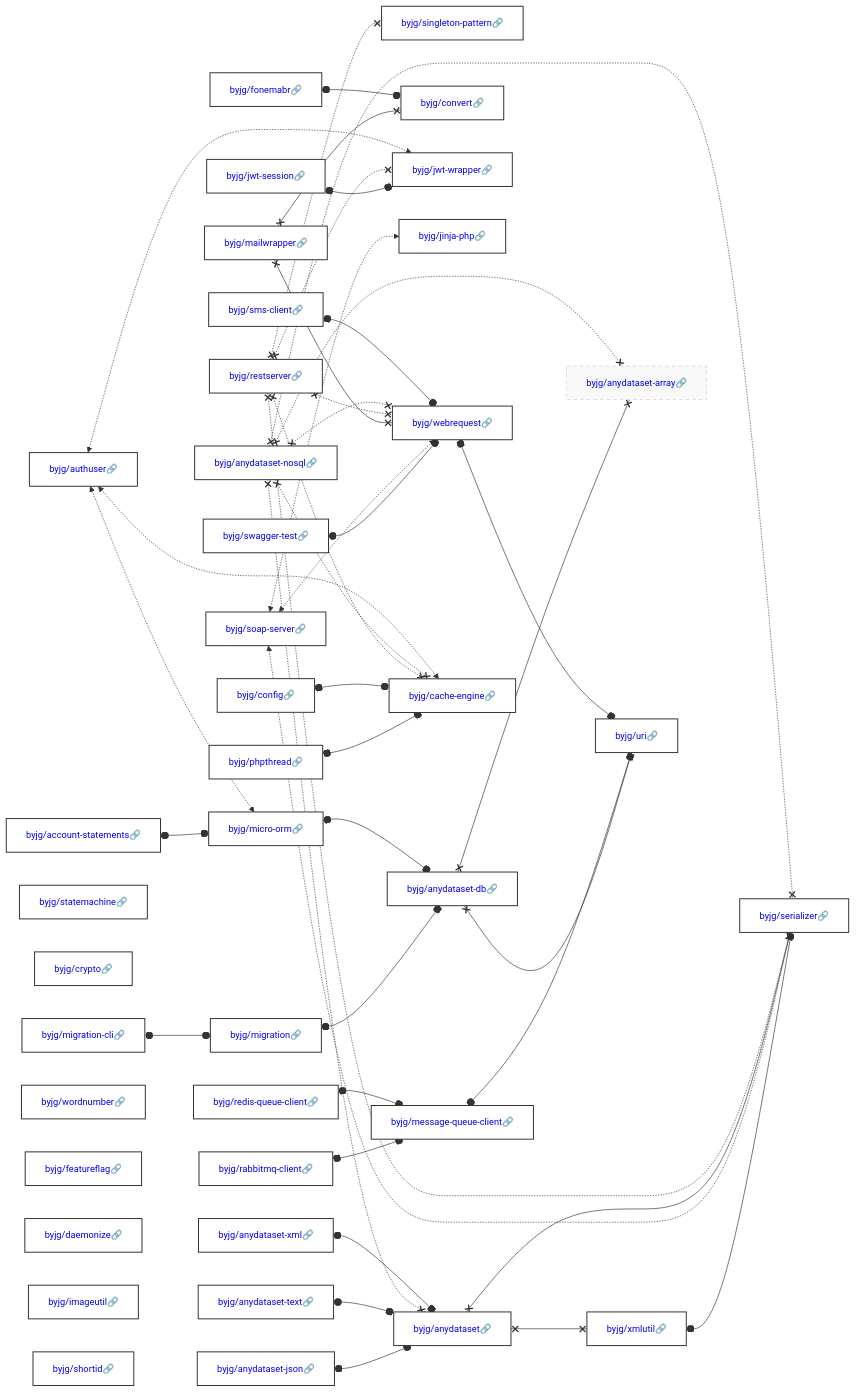
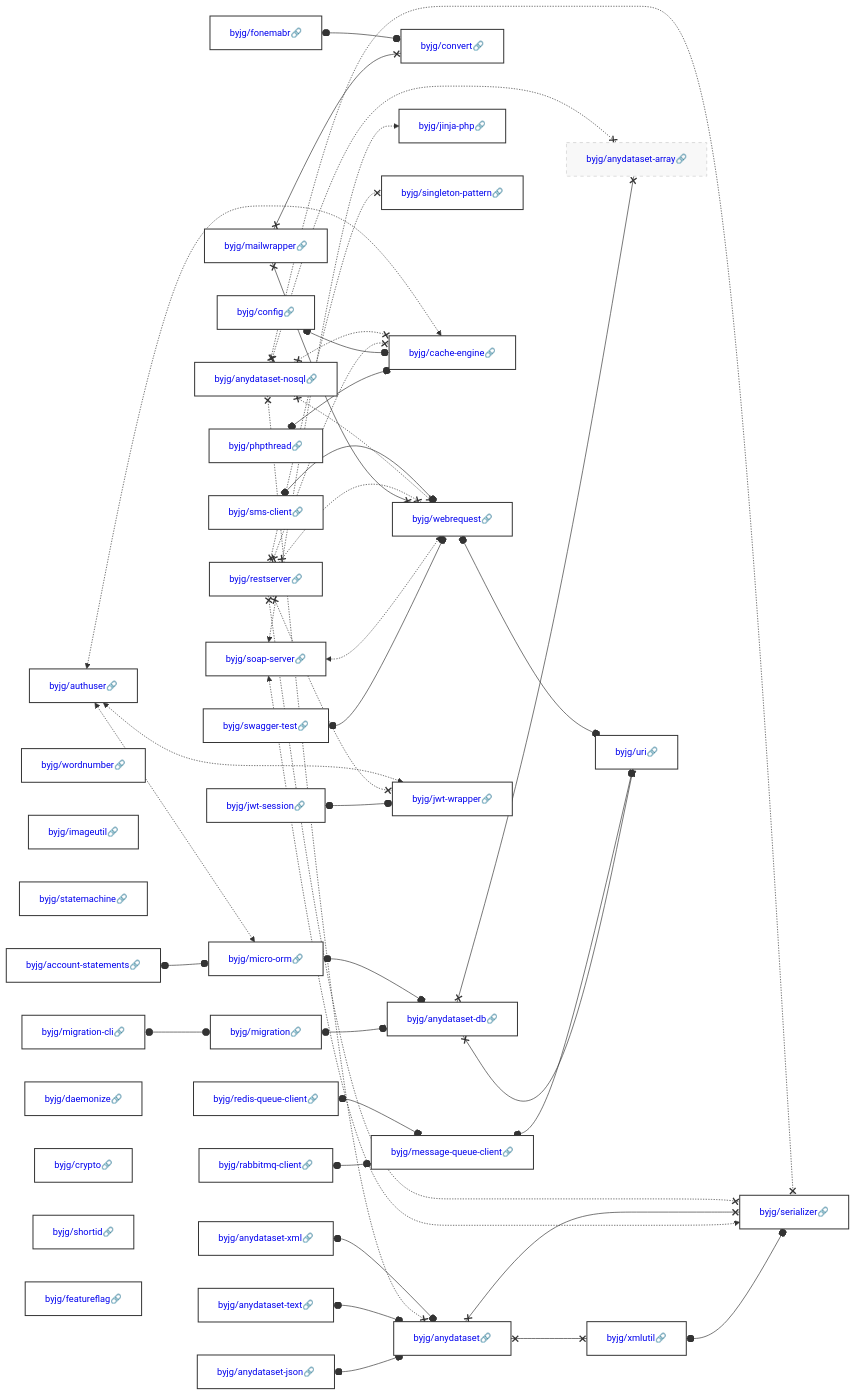
Before and after one commit to byjg/byjg.github.io: the diagram in docs/php/README.md, drawn with Mermaid. The commit also changed other lines of this file and 1 other file, not shown here.

Commit message:
Update documentation 'php' 'php-uri'

````diff
--- a/docs/php/README.md
+++ b/docs/php/README.md
@@ -3,40 +3,40 @@
 ```mermaid
 graph LR;
+  byjg/account-statements[<a href='https://opensource.byjg.com/docs/php/account-statements' style='text-decoration:none'>byjg/account-statements🔗</a>];
+  byjg/mailwrapper[<a href='https://opensource.byjg.com/docs/php/mailwrapper' style='text-decoration:none'>byjg/mailwrapper🔗</a>];
+  byjg/redis-queue-client[<a href='https://opensource.byjg.com/docs/php/redis-queue-client' style='text-decoration:none'>byjg/redis-queue-client🔗</a>];
+  byjg/config[<a href='https://opensource.byjg.com/docs/php/config' style='text-decoration:none'>byjg/config🔗</a>];
+  byjg/sms-client[<a href='https://opensource.byjg.com/docs/php/sms-client' style='text-decoration:none'>byjg/sms-client🔗</a>];
+  byjg/jwt-session[<a href='https://opensource.byjg.com/docs/php/jwt-session' style='text-decoration:none'>byjg/jwt-session🔗</a>];
+  byjg/wordnumber[<a href='https://opensource.byjg.com/docs/php/wordnumber' style='text-decoration:none'>byjg/wordnumber🔗</a>];
   byjg/rabbitmq-client[<a href='https://opensource.byjg.com/docs/php/rabbitmq-client' style='text-decoration:none'>byjg/rabbitmq-client🔗</a>];
+  byjg/phpthread[<a href='https://opensource.byjg.com/docs/php/phpthread' style='text-decoration:none'>byjg/phpthread🔗</a>];
+  byjg/imageutil[<a href='https://opensource.byjg.com/docs/php/imageutil' style='text-decoration:none'>byjg/imageutil🔗</a>];
+  byjg/statemachine[<a href='https://opensource.byjg.com/docs/php/statemachine' style='text-decoration:none'>byjg/statemachine🔗</a>];
+  byjg/anydataset-json[<a href='https://opensource.byjg.com/docs/php/anydataset-json' style='text-decoration:none'>byjg/anydataset-json🔗</a>];
+  byjg/migration-cli[<a href='https://opensource.byjg.com/docs/php/migration-cli' style='text-decoration:none'>byjg/migration-cli🔗</a>];
   byjg/authuser[<a href='https://opensource.byjg.com/docs/php/authuser' style='text-decoration:none'>byjg/authuser🔗</a>];
-  byjg/anydataset-xml[<a href='https://opensource.byjg.com/docs/php/anydataset-xml' style='text-decoration:none'>byjg/anydataset-xml🔗</a>];
+  byjg/daemonize[<a href='https://opensource.byjg.com/docs/php/daemonize' style='text-decoration:none'>byjg/daemonize🔗</a>];
+  byjg/crypto[<a href='https://opensource.byjg.com/docs/php/crypto' style='text-decoration:none'>byjg/crypto🔗</a>];
+  byjg/shortid[<a href='https://opensource.byjg.com/docs/php/shortid' style='text-decoration:none'>byjg/shortid🔗</a>];
+  byjg/featureflag[<a href='https://opensource.byjg.com/docs/php/featureflag' style='text-decoration:none'>byjg/featureflag🔗</a>];
   byjg/swagger-test[<a href='https://opensource.byjg.com/docs/php/swagger-test' style='text-decoration:none'>byjg/swagger-test🔗</a>];
   byjg/fonemabr[<a href='https://opensource.byjg.com/docs/php/fonemabr' style='text-decoration:none'>byjg/fonemabr🔗</a>];
+  byjg/anydataset-nosql[<a href='https://opensource.byjg.com/docs/php/anydataset-nosql' style='text-decoration:none'>byjg/anydataset-nosql🔗</a>];
+  byjg/anydataset-xml[<a href='https://opensource.byjg.com/docs/php/anydataset-xml' style='text-decoration:none'>byjg/anydataset-xml🔗</a>];
+  byjg/anydataset-text[<a href='https://opensource.byjg.com/docs/php/anydataset-text' style='text-decoration:none'>byjg/anydataset-text🔗</a>];
+  byjg/soap-server[<a href='https://opensource.byjg.com/docs/php/soap-server' style='text-decoration:none'>byjg/soap-server🔗</a>];
   byjg/restserver[<a href='https://opensource.byjg.com/docs/php/restserver' style='text-decoration:none'>byjg/restserver🔗</a>];
-  byjg/account-statements[<a href='https://opensource.byjg.com/docs/php/account-statements' style='text-decoration:none'>byjg/account-statements🔗</a>];
-  byjg/sms-client[<a href='https://opensource.byjg.com/docs/php/sms-client' style='text-decoration:none'>byjg/sms-client🔗</a>];
-  byjg/anydataset-nosql[<a href='https://opensource.byjg.com/docs/php/anydataset-nosql' style='text-decoration:none'>byjg/anydataset-nosql🔗</a>];
-  byjg/statemachine[<a href='https://opensource.byjg.com/docs/php/statemachine' style='text-decoration:none'>byjg/statemachine🔗</a>];
-  byjg/crypto[<a href='https://opensource.byjg.com/docs/php/crypto' style='text-decoration:none'>byjg/crypto🔗</a>];
-  byjg/phpthread[<a href='https://opensource.byjg.com/docs/php/phpthread' style='text-decoration:none'>byjg/phpthread🔗</a>];
-  byjg/anydataset-text[<a href='https://opensource.byjg.com/docs/php/anydataset-text' style='text-decoration:none'>byjg/anydataset-text🔗</a>];
-  byjg/migration-cli[<a href='https://opensource.byjg.com/docs/php/migration-cli' style='text-decoration:none'>byjg/migration-cli🔗</a>];
-  byjg/redis-queue-client[<a href='https://opensource.byjg.com/docs/php/redis-queue-client' style='text-decoration:none'>byjg/redis-queue-client🔗</a>];
-  byjg/wordnumber[<a href='https://opensource.byjg.com/docs/php/wordnumber' style='text-decoration:none'>byjg/wordnumber🔗</a>];
-  byjg/featureflag[<a href='https://opensource.byjg.com/docs/php/featureflag' style='text-decoration:none'>byjg/featureflag🔗</a>];
-  byjg/mailwrapper[<a href='https://opensource.byjg.com/docs/php/mailwrapper' style='text-decoration:none'>byjg/mailwrapper🔗</a>];
-  byjg/jwt-session[<a href='https://opensource.byjg.com/docs/php/jwt-session' style='text-decoration:none'>byjg/jwt-session🔗</a>];
-  byjg/daemonize[<a href='https://opensource.byjg.com/docs/php/daemonize' style='text-decoration:none'>byjg/daemonize🔗</a>];
-  byjg/soap-server[<a href='https://opensource.byjg.com/docs/php/soap-server' style='text-decoration:none'>byjg/soap-server🔗</a>];
-  byjg/anydataset-json[<a href='https://opensource.byjg.com/docs/php/anydataset-json' style='text-decoration:none'>byjg/anydataset-json🔗</a>];
-  byjg/imageutil[<a href='https://opensource.byjg.com/docs/php/imageutil' style='text-decoration:none'>byjg/imageutil🔗</a>];
-  byjg/shortid[<a href='https://opensource.byjg.com/docs/php/shortid' style='text-decoration:none'>byjg/shortid🔗</a>];
-  byjg/config[<a href='https://opensource.byjg.com/docs/php/config' style='text-decoration:none'>byjg/config🔗</a>];
+  byjg/message-queue-client[<a href='https://opensource.byjg.com/docs/php/message-queue-client' style='text-decoration:none'>byjg/message-queue-client🔗</a>];
+  byjg/migration[<a href='https://opensource.byjg.com/docs/php/migration' style='text-decoration:none'>byjg/migration🔗</a>];
+  byjg/micro-orm[<a href='https://opensource.byjg.com/docs/php/micro-orm' style='text-decoration:none'>byjg/micro-orm🔗</a>];
+  byjg/convert[<a href='https://opensource.byjg.com/docs/php/convert' style='text-decoration:none'>byjg/convert🔗</a>];
+  byjg/anydataset[<a href='https://opensource.byjg.com/docs/php/anydataset' style='text-decoration:none'>byjg/anydataset🔗</a>];
+  byjg/jinja-php[<a href='https://opensource.byjg.com/docs/php/jinja-php' style='text-decoration:none'>byjg/jinja-php🔗</a>];
   byjg/singleton-pattern[<a href='https://opensource.byjg.com/docs/php/singleton-pattern' style='text-decoration:none'>byjg/singleton-pattern🔗</a>];
-  byjg/micro-orm[<a href='https://opensource.byjg.com/docs/php/micro-orm' style='text-decoration:none'>byjg/micro-orm🔗</a>];
-  byjg/migration[<a href='https://opensource.byjg.com/docs/php/migration' style='text-decoration:none'>byjg/migration🔗</a>];
-  byjg/message-queue-client[<a href='https://opensource.byjg.com/docs/php/message-queue-client' style='text-decoration:none'>byjg/message-queue-client🔗</a>];
-  byjg/convert[<a href='https://opensource.byjg.com/docs/php/convert' style='text-decoration:none'>byjg/convert🔗</a>];
+  byjg/cache-engine[<a href='https://opensource.byjg.com/docs/php/cache-engine' style='text-decoration:none'>byjg/cache-engine🔗</a>];
+  byjg/webrequest[<a href='https://opensource.byjg.com/docs/php/webrequest' style='text-decoration:none'>byjg/webrequest🔗</a>];
   byjg/jwt-wrapper[<a href='https://opensource.byjg.com/docs/php/jwt-wrapper' style='text-decoration:none'>byjg/jwt-wrapper🔗</a>];
-  byjg/jinja-php[<a href='https://opensource.byjg.com/docs/php/jinja-php' style='text-decoration:none'>byjg/jinja-php🔗</a>];
-  byjg/webrequest[<a href='https://opensource.byjg.com/docs/php/webrequest' style='text-decoration:none'>byjg/webrequest🔗</a>];
-  byjg/anydataset[<a href='https://opensource.byjg.com/docs/php/anydataset' style='text-decoration:none'>byjg/anydataset🔗</a>];
-  byjg/cache-engine[<a href='https://opensource.byjg.com/docs/php/cache-engine' style='text-decoration:none'>byjg/cache-engine🔗</a>];
   byjg/anydataset-db[<a href='https://opensource.byjg.com/docs/php/anydataset-db' style='text-decoration:none'>byjg/anydataset-db🔗</a>];
   byjg/xmlutil[<a href='https://opensource.byjg.com/docs/php/xmlutil' style='text-decoration:none'>byjg/xmlutil🔗</a>];
   byjg/anydataset-array[<a href='https://opensource.byjg.com/docs/php/anydataset-array' style='text-decoration:none'>byjg/anydataset-array🔗</a>];
````
